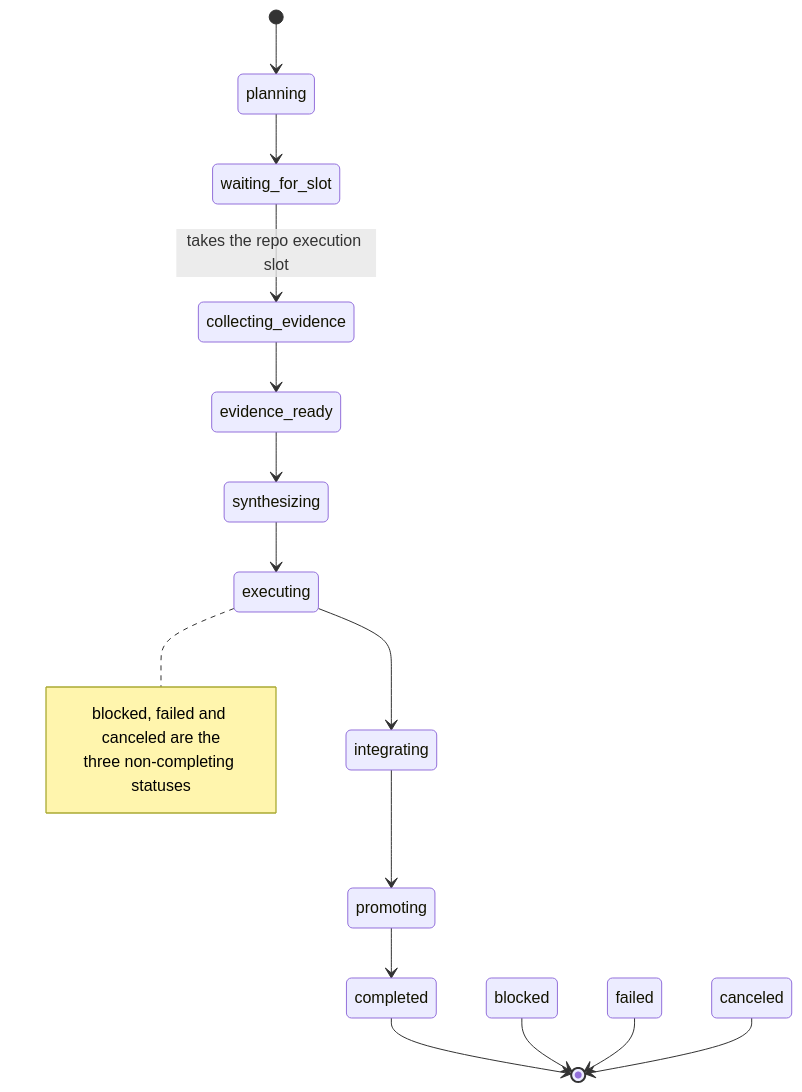
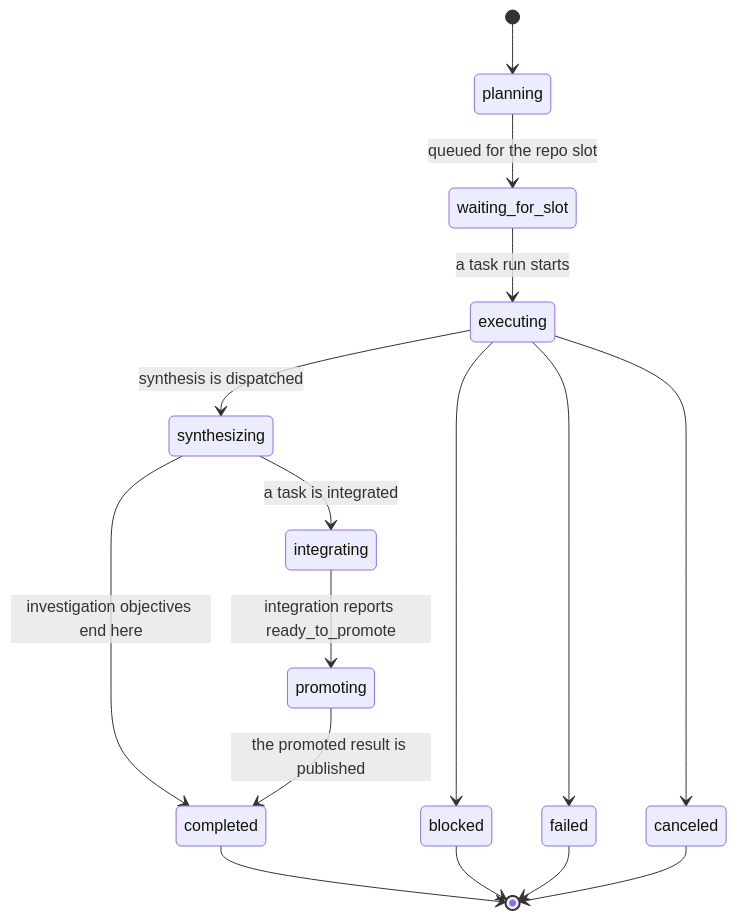
The diagram in cli/from-source/factory-overview.mdx (kentronai/kentronai-docs), drawn with Mermaid before and after one commit. The commit also changed other lines of this file and 126 other files, not shown here.

````diff
--- a/cli/from-source/factory-overview.mdx
+++ b/cli/from-source/factory-overview.mdx
@@ -20,20 +24,18 @@
 ```mermaid
 stateDiagram-v2
     [*] --> planning
-    planning --> waiting_for_slot
-    waiting_for_slot --> collecting_evidence: takes the repo execution slot
-    collecting_evidence --> evidence_ready
-    evidence_ready --> synthesizing
-    synthesizing --> executing
-    executing --> integrating
-    integrating --> promoting
-    promoting --> completed
+    planning --> waiting_for_slot: queued for the repo slot
+    waiting_for_slot --> executing: a task run starts
+    executing --> synthesizing: synthesis is dispatched
+    synthesizing --> completed: investigation objectives end here
+    synthesizing --> integrating: a task is integrated
+    integrating --> promoting: integration reports ready_to_promote
+    promoting --> completed: the promoted result is published
+    executing --> blocked
+    executing --> failed
+    executing --> canceled
     completed --> [*]
     blocked --> [*]
     failed --> [*]
     canceled --> [*]
-    note right of executing
-      blocked, failed and canceled are the
-      three non-completing statuses
-    end note
 ```
````
